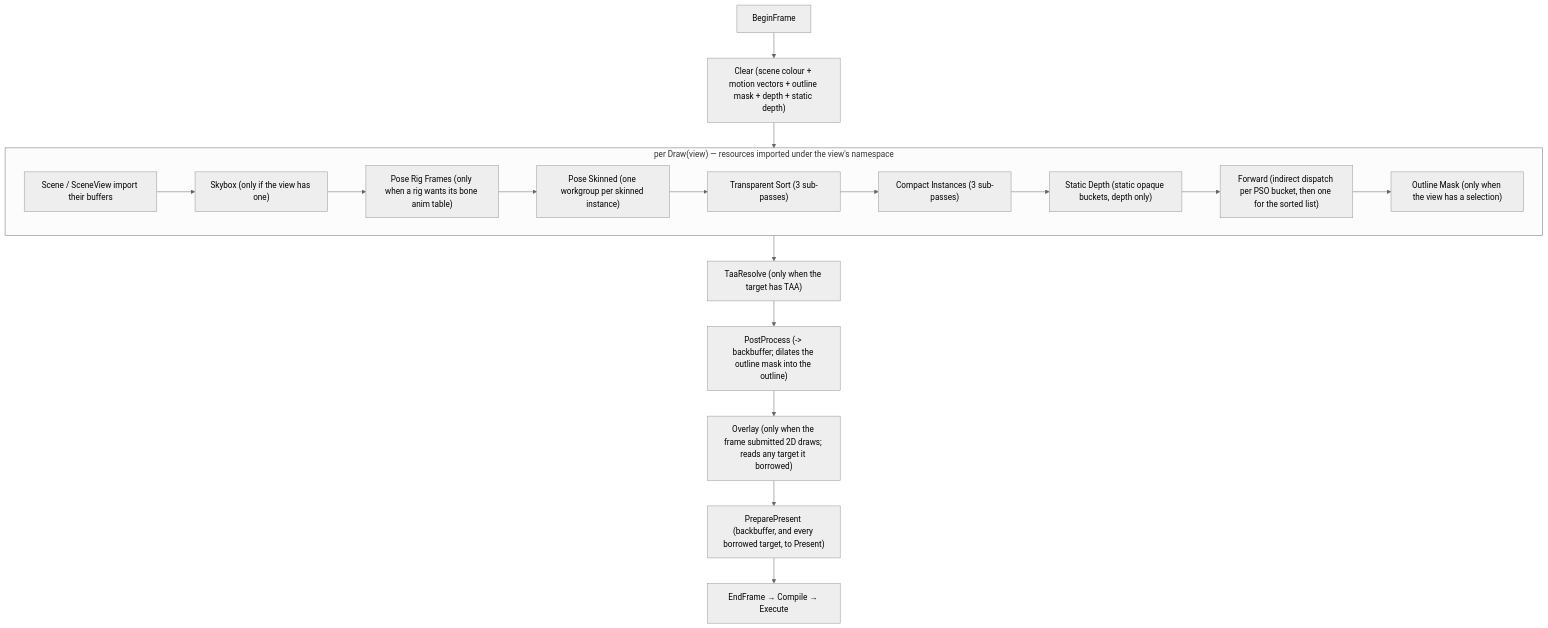
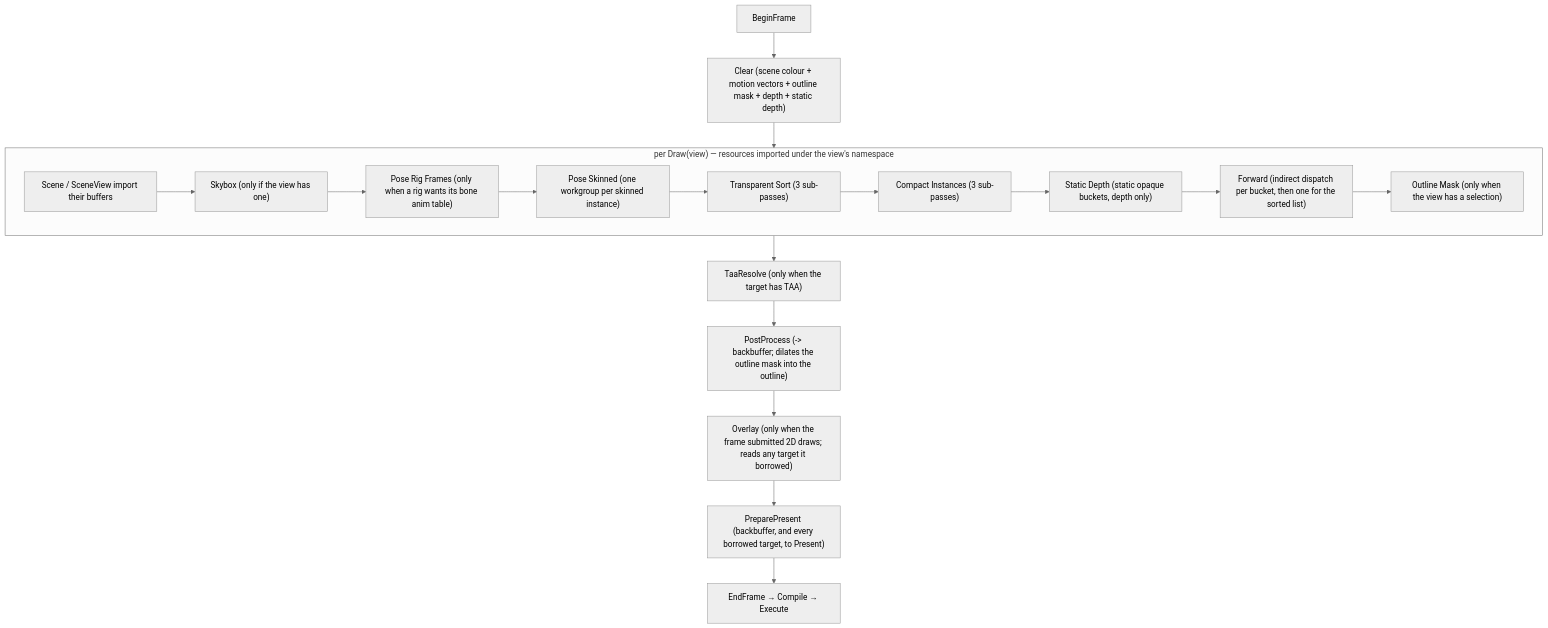
The diagram in docs/passes.md (alexjiang200407/bernini), drawn with Mermaid (neutral theme) before and after one commit. The commit also changed other lines of this file and 37 other files, not shown here.

````diff
--- a/docs/passes.md
+++ b/docs/passes.md
@@ -33,20 +33,20 @@
 ```mermaid
 flowchart TD
     BF["BeginFrame"] --> CLR["Clear (scene colour + motion vectors + outline mask + depth + static depth)"]
     CLR --> D["per Draw(view)"]
     subgraph D["per Draw(view) — resources imported under the view's namespace"]
         IMP["Scene / SceneView import their buffers"] --> SKY["Skybox (only if the view has one)"]
         SKY --> RIG["Pose Rig Frames (only when a rig wants its bone anim table)"]
         RIG --> POSE["Pose Skinned (one workgroup per skinned instance)"]
         POSE --> TS["Transparent Sort (3 sub-passes)"]
         TS --> CI["Compact Instances (3 sub-passes)"]
         CI --> SD["Static Depth (static opaque buckets, depth only)"]
-        SD --> FWD["Forward (indirect dispatch per PSO bucket, then one for the sorted list)"]
+        SD --> FWD["Forward (indirect dispatch per bucket, then one for the sorted list)"]
         FWD --> SM["Outline Mask (only when the view has a selection)"]
     end
     D --> TAA["TaaResolve (only when the target has TAA)"]
     TAA --> PPX["PostProcess (-> backbuffer; dilates the outline mask into the outline)"]
     PPX --> OVL["Overlay (only when the frame submitted 2D draws; reads any target it borrowed)"]
     OVL --> PP["PreparePresent (backbuffer, and every borrowed target, to Present)"]
     PP --> EF["EndFrame → Compile → Execute"]
 ```
````
